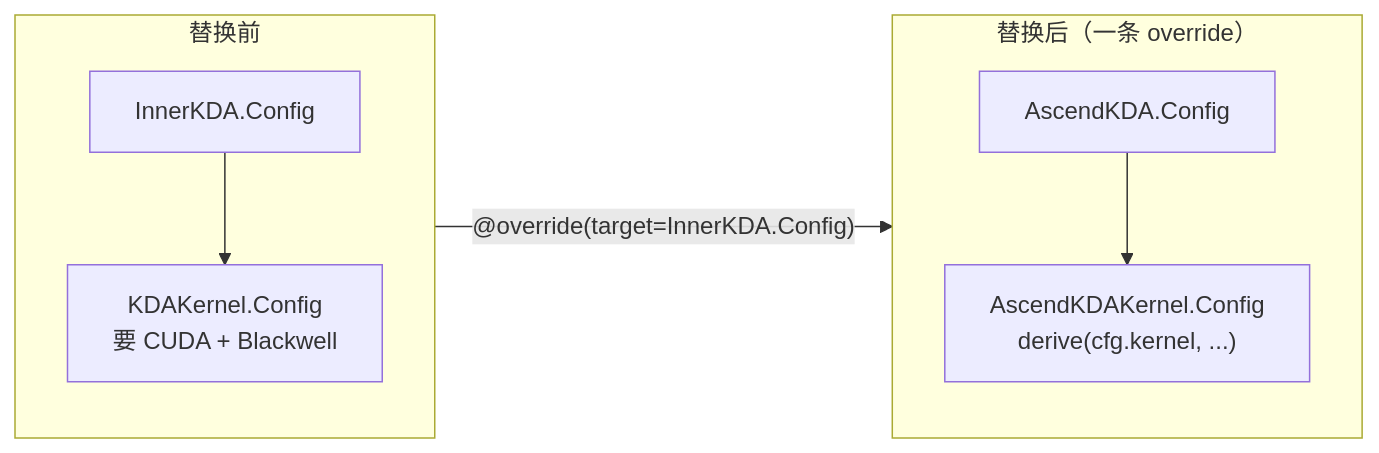
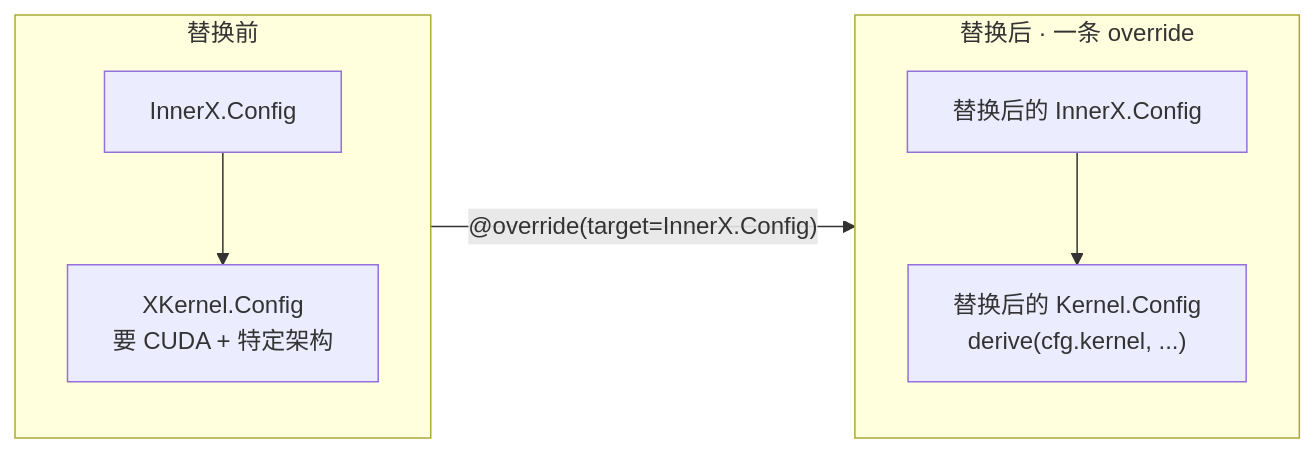
One commit to JavaZeroo/ascend-torchtitan changed diagram 11 of 15 in docs/design/shim-and-override.md. Above: the diagram before and after it, drawn with Mermaid. The commit also changed other lines of this file and 1 other file, not shown here.

````diff
--- a/docs/design/shim-and-override.md
+++ b/docs/design/shim-and-override.md
@@ -384,10 +382,10 @@
 ```mermaid
 graph LR
     subgraph BEFORE["替换前"]
-        P1["InnerKDA.Config"] --> C1["KDAKernel.Config<br/>要 CUDA + Blackwell"]
+        P1["InnerX.Config"] --> C1["XKernel.Config<br/>要 CUDA + 特定架构"]
     end
-    subgraph AFTER["替换后（一条 override）"]
-        P2["AscendKDA.Config"] --> C2["AscendKDAKernel.Config<br/>derive(cfg.kernel, ...)"]
+    subgraph AFTER["替换后 · 一条 override"]
+        P2["替换后的 InnerX.Config"] --> C2["替换后的 Kernel.Config<br/>derive(cfg.kernel, ...)"]
     end
-    BEFORE -->|"@override(target=InnerKDA.Config)"| AFTER
+    BEFORE -->|"@override(target=InnerX.Config)"| AFTER
 ```
````
